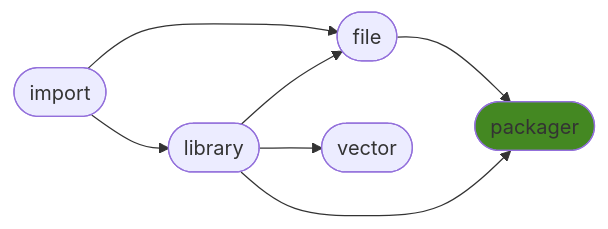
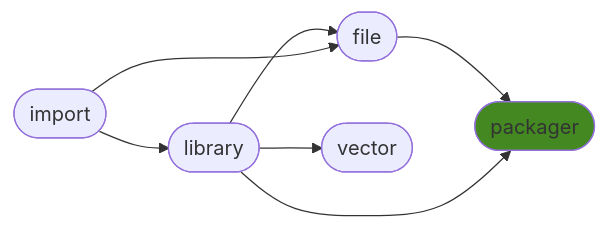
Before and after one commit to ManderaGeneral/generalpackager: the diagram in README.md, drawn with Mermaid. The commit also changed other lines of this file, not shown here.

````diff
--- a/README.md
+++ b/README.md
@@ -24,15 +24,15 @@
 ```mermaid
 flowchart LR
+1([library]) --> 3([vector])
+0([import]) --> 1([library])
+1([library]) --> 2([file])
+0([import]) --> 2([file])
 2([file]) --> 4([packager])
-1([library]) --> 2([file])
-1([library]) --> 3([vector])
 1([library]) --> 4([packager])
-0([import]) --> 2([file])
-0([import]) --> 1([library])
 click 0 "https://github.com/ManderaGeneral/generalimport"
 click 1 "https://github.com/ManderaGeneral/generallibrary"
 click 2 "https://github.com/ManderaGeneral/generalfile"
 click 3 "https://github.com/ManderaGeneral/generalvector"
 click 4 "https://github.com/ManderaGeneral/generalpackager"
 style 4 fill:#482
 ```
````
